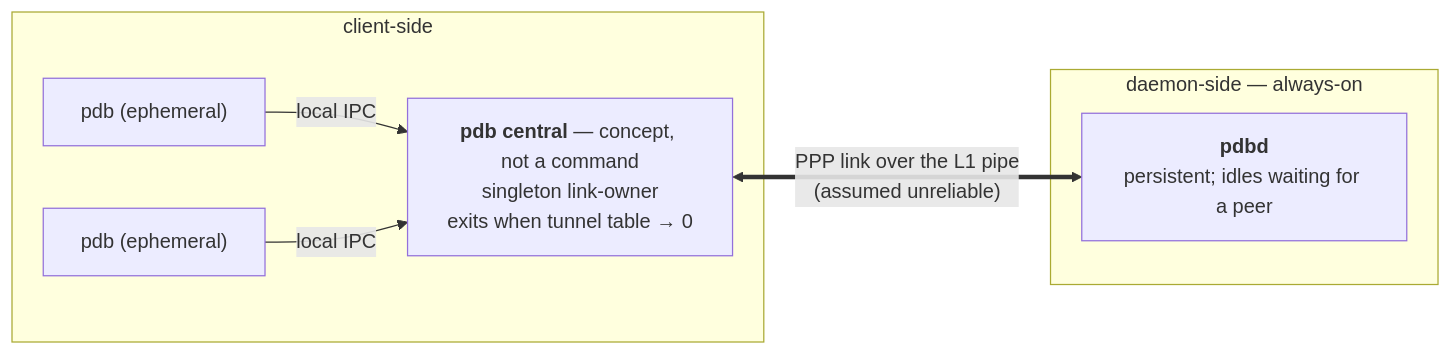
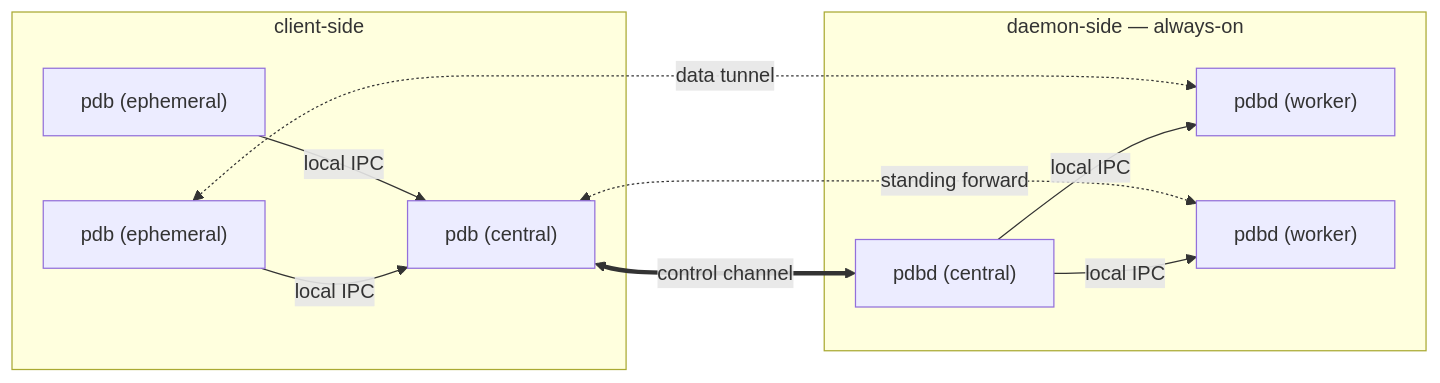
The second of 4 diagrams in README.md (sw2m/pdbd), drawn with Mermaid before and after one commit. The commit also changed other lines of this file, not shown here.

````diff
--- a/README.md
+++ b/README.md
@@ -120,14 +121,20 @@
 ```mermaid
 flowchart LR
     subgraph client["client-side"]
         E1["pdb (ephemeral)"]
         E2["pdb (ephemeral)"]
-        C["<b>pdb central</b> — concept, not a command<br/>singleton link-owner<br/>exits when tunnel table → 0"]
-        E1 -->|local IPC| C
-        E2 -->|local IPC| C
+        CC["pdb (central)"]
+        E1 -->|local IPC| CC
+        E2 -->|local IPC| CC
     end
     subgraph daemon["daemon-side — always-on"]
-        D["<b>pdbd</b><br/>persistent; idles waiting for a peer"]
+        DC["pdbd (central)"]
+        W1["pdbd (worker)"]
+        W2["pdbd (worker)"]
+        DC -->|local IPC| W1
+        DC -->|local IPC| W2
     end
-    C <==>|"PPP link over the L1 pipe<br/>(assumed unreliable)"| D
+    CC <==>|control channel| DC
+    E1 <-.->|data tunnel| W1
+    CC <-.->|standing forward| W2
 ```
````
